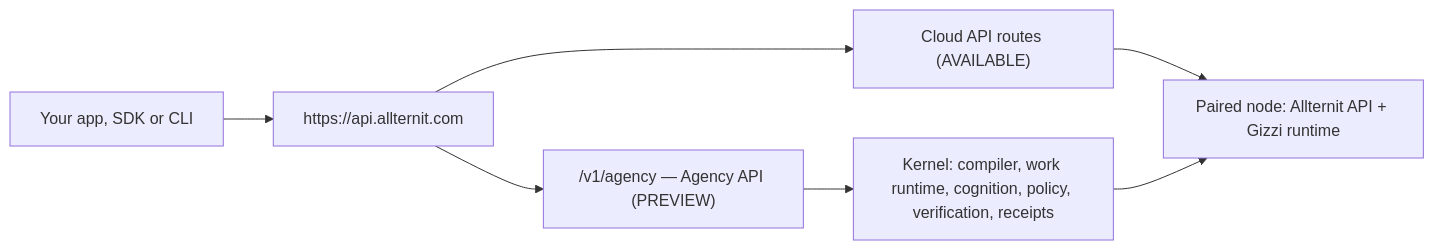
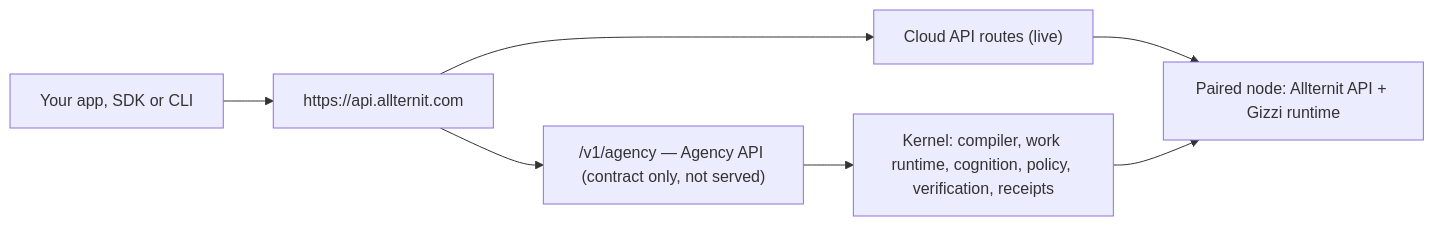
The third of 4 diagrams in surfaces/docs/architecture.mdx (Allternit/allternit-platform), drawn with Mermaid before and after one commit. The commit also changed other lines of this file and 220 other files, not shown here.

First line of the commit message:
docs phase 3: architecture storytelling and diagrams (agency as a system) (#1032)

````diff
--- a/surfaces/docs/architecture.mdx
+++ b/surfaces/docs/architecture.mdx
@@ -15,9 +74,9 @@
 ```mermaid
 flowchart LR
     C[Your app, SDK or CLI] --> O["https://api.allternit.com"]
-    O --> CA["Cloud API routes (AVAILABLE)"]
-    O --> AG["/v1/agency — Agency API (PREVIEW)"]
+    O --> CA["Cloud API routes (live)"]
+    O --> AG["/v1/agency — Agency API (contract only, not served)"]
     AG --> K[Kernel: compiler, work runtime, cognition, policy, verification, receipts]
     CA --> N[Paired node: Allternit API + Gizzi runtime]
     K --> N
 ```
````
